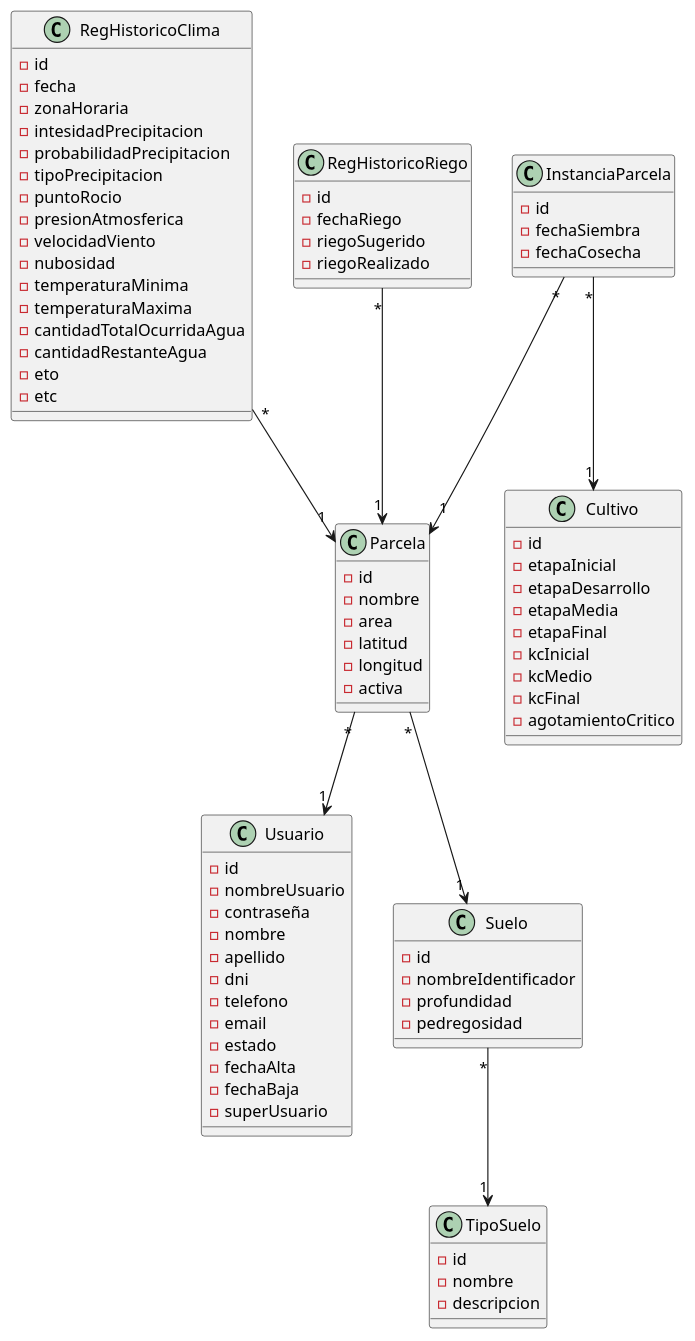
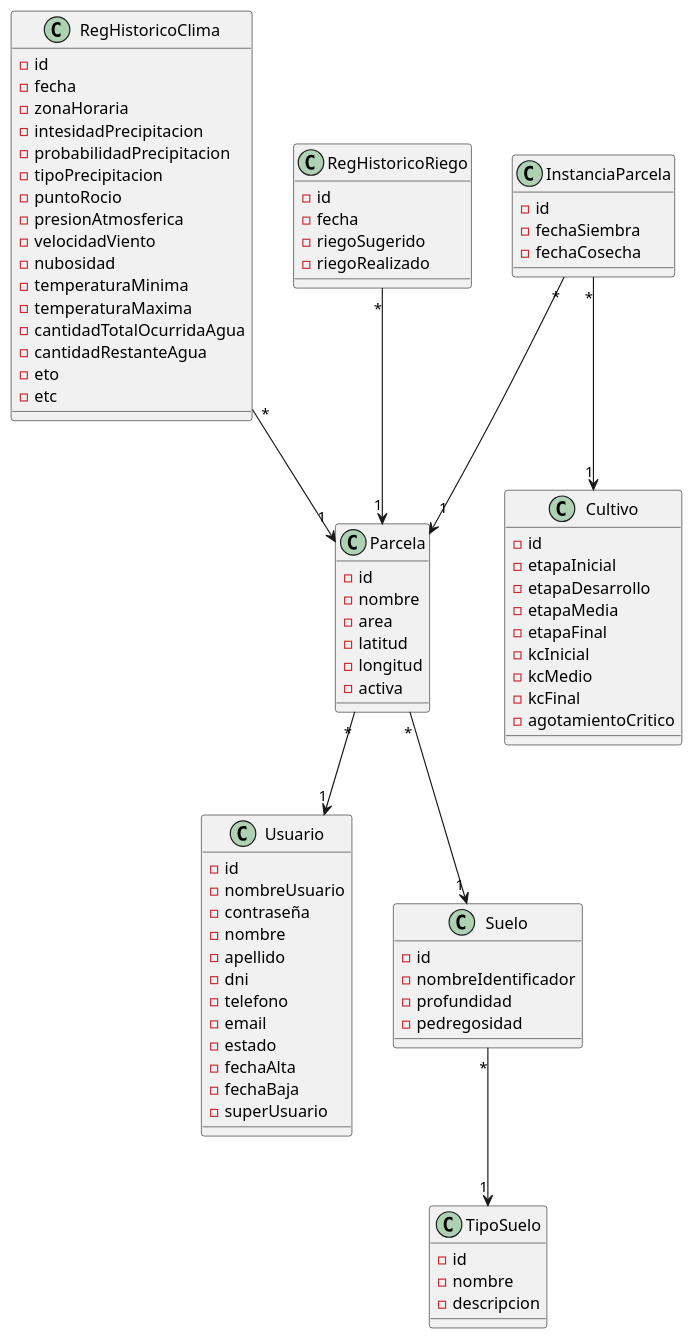
Before and after one commit to FacuDeveloper/Sistema-de-riego: the diagram in Modelo de dominio/Modelo de dominio.pu, drawn with PlantUML. The commit also changed 1 other file, not shown here.

```diff
--- a/Modelo de dominio/Modelo de dominio.pu
+++ b/Modelo de dominio/Modelo de dominio.pu
@@ -1,92 +1,92 @@
 @startuml
 
 Parcela "*"-->"1" Usuario
 Parcela "*"-->"1" Suelo
 RegHistoricoClima "*"-->"1" Parcela
 RegHistoricoRiego "*"-->"1" Parcela
 InstanciaParcela "*"-->"1" Parcela
 InstanciaParcela "*"-->"1" Cultivo
 Suelo "*"-->"1" TipoSuelo
 
 class Parcela {
 -id
 -nombre
 -area
 -latitud
 -longitud
 -activa
 }
 
 class Suelo {
 -id
 -nombreIdentificador
 -profundidad
 -pedregosidad
 }
 
 class Cultivo {
 -id
 -etapaInicial
 -etapaDesarrollo
 -etapaMedia
 -etapaFinal
 -kcInicial
 -kcMedio
 -kcFinal
 -agotamientoCritico
 }
 
 class TipoSuelo {
 -id
 -nombre
 -descripcion
 }
 
 class RegHistoricoClima {
 -id
 -fecha
 -zonaHoraria
 -intesidadPrecipitacion
 -probabilidadPrecipitacion
 -tipoPrecipitacion
 -puntoRocio
 -presionAtmosferica
 -velocidadViento
 -nubosidad
 -temperaturaMinima
 -temperaturaMaxima
 -cantidadTotalOcurridaAgua
 -cantidadRestanteAgua
 -eto
 -etc
 }
 
 class InstanciaParcela {
 -id
 -fechaSiembra
 -fechaCosecha
 }
 
 class RegHistoricoRiego {
 -id
--fechaRiego
+-fecha
 -riegoSugerido
 -riegoRealizado
 }
 
 class Usuario {
 -id
 -nombreUsuario
 -contraseña
 -nombre
 -apellido
 -dni
 -telefono
 -email
 -estado
 -fechaAlta
 -fechaBaja
 -superUsuario
 }
 
 @enduml
```
